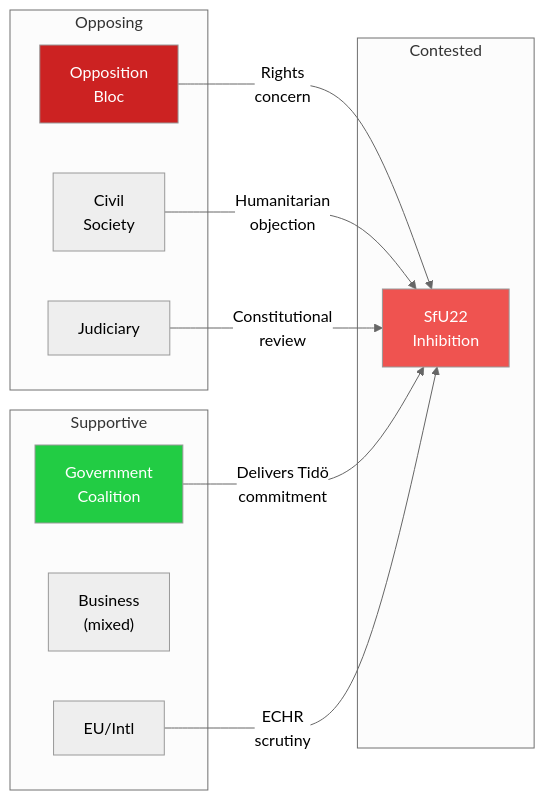
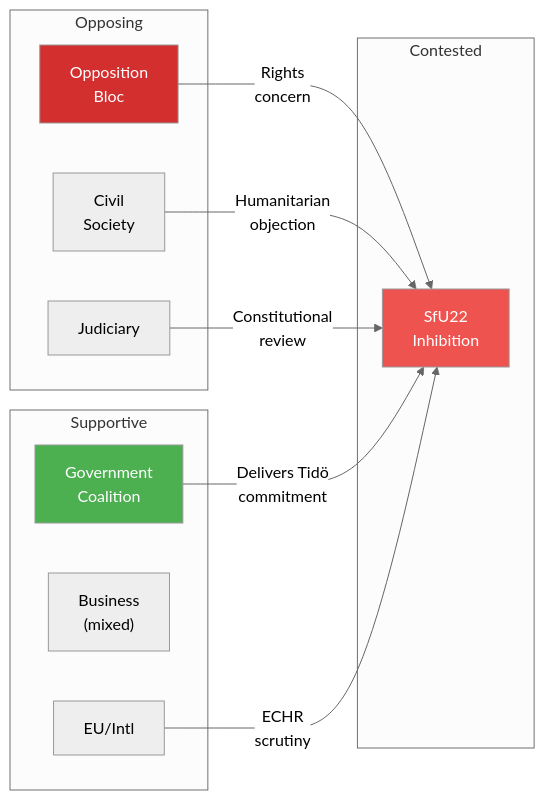
The diagram in analysis/daily/2026-04-16/committeeReports/stakeholder-perspectives.md (Hack23/riksdagsmonitor), drawn with Mermaid (neutral theme) before and after one commit. The commit also changed 121 other files, not shown here.

````diff
--- a/analysis/daily/2026-04-16/committeeReports/stakeholder-perspectives.md
+++ b/analysis/daily/2026-04-16/committeeReports/stakeholder-perspectives.md
@@ -67,24 +67,24 @@
 ```mermaid
 graph LR
     subgraph Pro["Supportive"]
-        style GovCoal fill:#22cc44,color:#FFFFFF
+        style GovCoal fill:#4CAF50,color:#FFFFFF
         GovCoal["Government\nCoalition"]
         Biz["Business\n(mixed)"]
         EU["EU/Intl"]
     end
     subgraph Contested["Contested"]
         style SfU22_node fill:#EF5350,color:#FFFFFF
         SfU22_node["SfU22\nInhibition"]
     end
     subgraph Against["Opposing"]
-        style Opp fill:#cc2222,color:#FFFFFF
+        style Opp fill:#D32F2F,color:#FFFFFF
         Opp["Opposition\nBloc"]
         CivSoc["Civil\nSociety"]
         Jud["Judiciary"]
     end
     GovCoal -->|"Delivers Tidö\ncommitment"| SfU22_node
     Opp -->|"Rights\nconcern"| SfU22_node
     CivSoc -->|"Humanitarian\nobjection"| SfU22_node
     Jud -->|"Constitutional\nreview"| SfU22_node
     EU -->|"ECHR\nscrutiny"| SfU22_node
 ```
````
